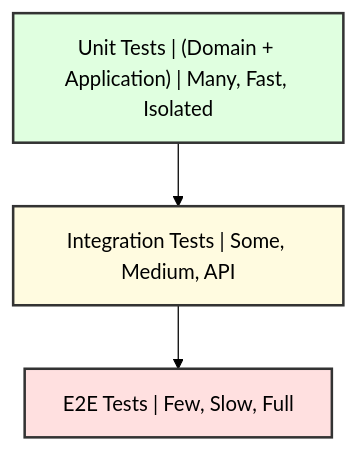
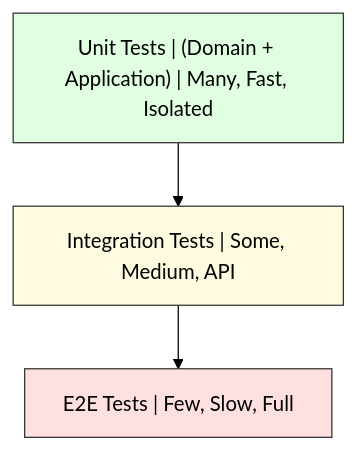
The diagram in docs/how-to/testing-guide.md (fabianoflorentino/whiterose), drawn with Mermaid (forest theme) before and after one commit.

Commit message:
fix: adjust formatting in testing guide for better readability

````diff
--- a/docs/how-to/testing-guide.md
+++ b/docs/how-to/testing-guide.md
@@ -9,8 +9,9 @@
 ```mermaid
 graph TD
-  A["Unit Tests | (Domain + Application) | Many, Fast, Isolated"] --> B["Integration Tests | Some, Medium, API"]
-  B --> C["E2E Tests | Few, Slow, Full"]
-  style A fill:#e0ffe0,stroke:#333,stroke-width:2px, color:#000000
-  style B fill:#fffbe0,stroke:#333,stroke-width:2px, color:#000000
-  style C fill:#ffe0e0,stroke:#333,stroke-width:2px, color:#000000
+    A["Unit Tests | (Domain + Application) | Many, Fast, Isolated"] --> B["Integration Tests | Some, Medium, API"]
+    B --> C["E2E Tests | Few, Slow, Full"]
+    
+    style A fill:#e0ffe0,stroke:#333, color: #000000
+    style B fill:#fffbe0,stroke:#333, color: #000000
+    style C fill:#ffe0e0,stroke:#333, color: #000000
 ```
````
